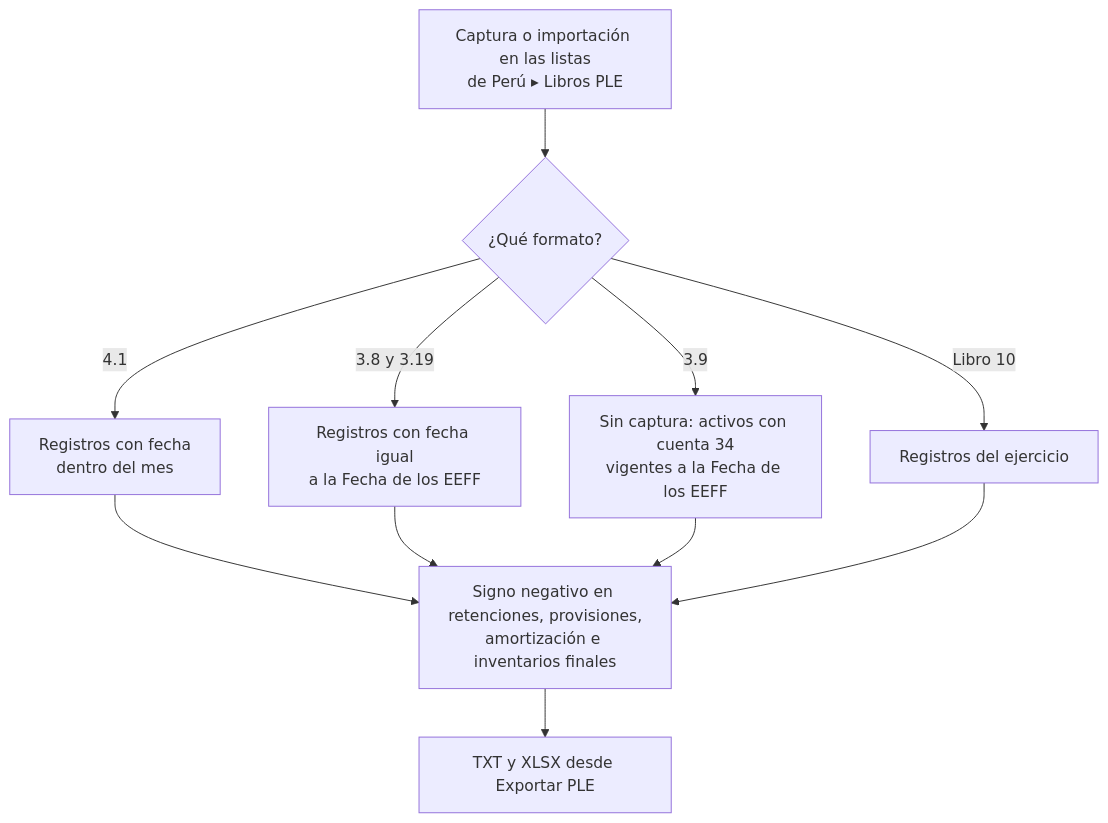
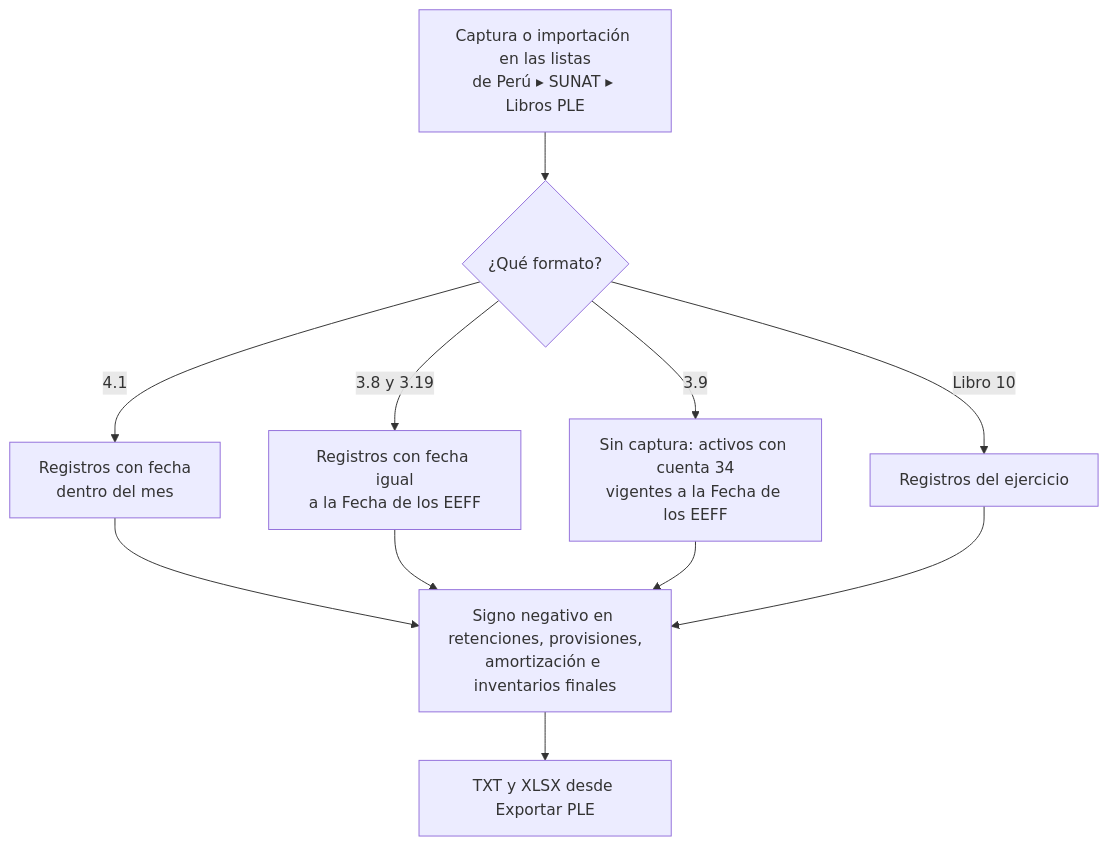
One commit to olanoit/ol_new_apps changed the diagram in OL-ACCOUNTING/al_l10n_pe_ple/static/description/diagramas/capturas.mmd. Above: the diagram before and after it, drawn with Mermaid. The commit also changed 251 other files, not shown here.

```diff
--- a/OL-ACCOUNTING/al_l10n_pe_ple/static/description/diagramas/capturas.mmd
+++ b/OL-ACCOUNTING/al_l10n_pe_ple/static/description/diagramas/capturas.mmd
@@ -1,11 +1,11 @@
 flowchart TD
-  A[Captura o importación en las listas<br/>de Perú ▸ Libros PLE] --> B{¿Qué formato?}
+  A[Captura o importación en las listas<br/>de Perú ▸ SUNAT ▸ Libros PLE] --> B{¿Qué formato?}
   B -- "4.1" --> C[Registros con fecha<br/>dentro del mes]
   B -- "3.8 y 3.19" --> D[Registros con fecha igual<br/>a la Fecha de los EEFF]
   B -- "3.9" --> E[Sin captura: activos con cuenta 34<br/>vigentes a la Fecha de los EEFF]
   B -- "Libro 10" --> F[Registros del ejercicio]
   C --> G[Signo negativo en retenciones, provisiones,<br/>amortización e inventarios finales]
   D --> G
   E --> G
   F --> G
   G --> H[TXT y XLSX desde Exportar PLE]
```
